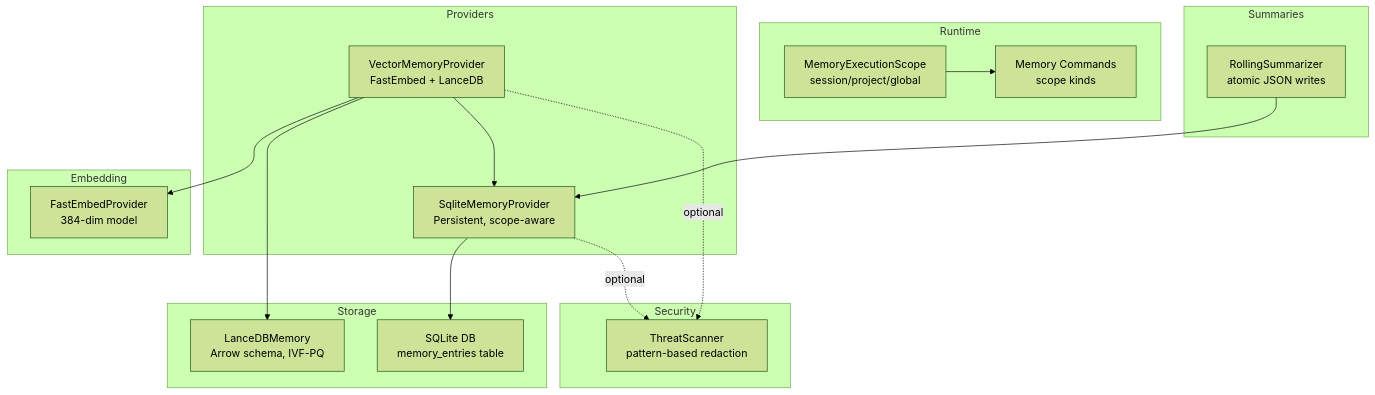
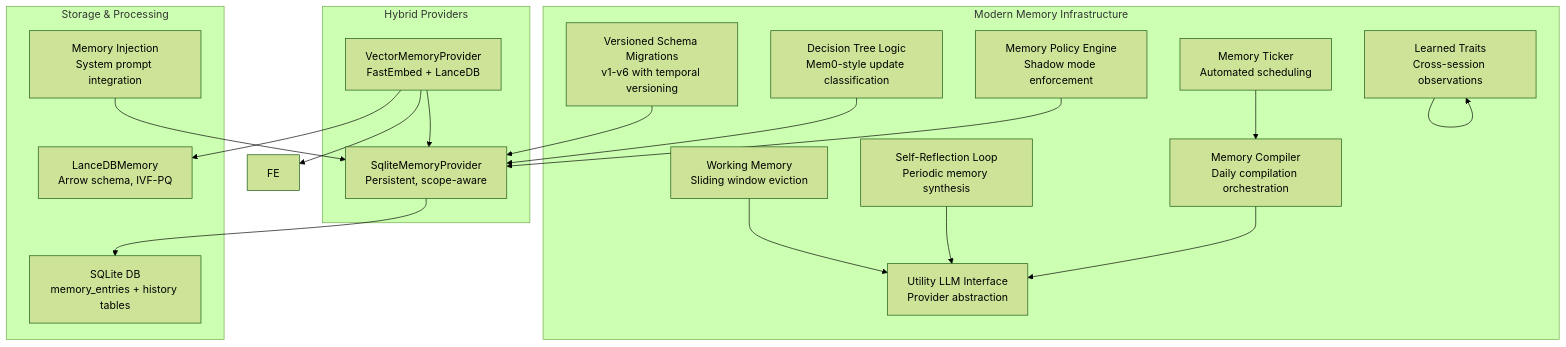
The first of 4 diagrams in .qoder/repowiki/en/content/Memory System/Memory System.md (novolei/if2Ai), drawn with Mermaid (forest theme) before and after one commit. The commit also changed other lines of this file and 124 other files, not shown here.

````diff
--- a/.qoder/repowiki/en/content/Memory System/Memory System.md
+++ b/.qoder/repowiki/en/content/Memory System/Memory System.md
@@ -49,32 +71,36 @@
 ```mermaid
 graph TB
-subgraph "Providers"
+subgraph "Modern Memory Infrastructure"
+MIG["Versioned Schema Migrations<br/>v1-v6 with temporal versioning"]
+WM["Working Memory<br/>Sliding window eviction"]
+DT["Decision Tree Logic<br/>Mem0-style update classification"]
+RL["Self-Reflection Loop<br/>Periodic memory synthesis"]
+LT["Learned Traits<br/>Cross-session observations"]
+COMP["Memory Compiler<br/>Daily compilation orchestration"]
+TICK["Memory Ticker<br/>Automated scheduling"]
+POL["Memory Policy Engine<br/>Shadow mode enforcement"]
+END["Utility LLM Interface<br/>Provider abstraction"]
+end
+subgraph "Hybrid Providers"
 VMP["VectorMemoryProvider<br/>FastEmbed + LanceDB"]
 SMP["SqliteMemoryProvider<br/>Persistent, scope-aware"]
 end
-subgraph "Embedding"
-FE["FastEmbedProvider<br/>384-dim model"]
+subgraph "Storage & Processing"
+LDB["LanceDBMemory<br/>Arrow schema, IVF-PQ"]
+SQLITE["SQLite DB<br/>memory_entries + history tables"]
+INJ["Memory Injection<br/>System prompt integration"]
 end
-subgraph "Storage"
-LDB["LanceDBMemory<br/>Arrow schema, IVF-PQ"]
-SQLITE["SQLite DB<br/>memory_entries table"]
-end
-subgraph "Runtime"
-SCOPE["MemoryExecutionScope<br/>session/project/global"]
-CMD["Memory Commands<br/>scope kinds"]
-end
-subgraph "Security"
-TS["ThreatScanner<br/>pattern-based redaction"]
-end
-subgraph "Summaries"
-RS["RollingSummarizer<br/>atomic JSON writes"]
-end
+MIG --> SMP
+WM --> END
+DT --> SMP
+RL --> END
+LT --> LT
+COMP --> END
+TICK --> COMP
+POL --> SMP
 VMP --> FE
 VMP --> LDB
 VMP --> SMP
 SMP --> SQLITE
-SCOPE --> CMD
-VMP -. optional .-> TS
-SMP -. optional .-> TS
-RS --> SMP
+INJ --> SMP
 ```
````
